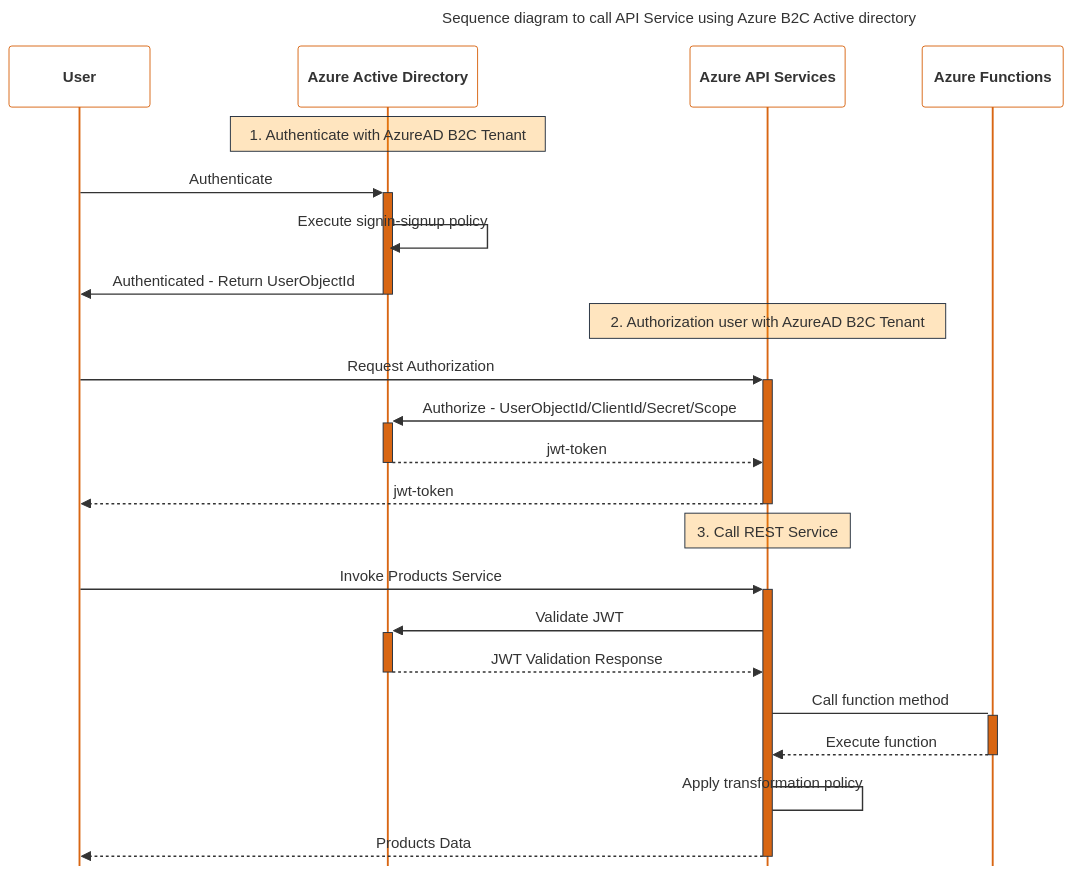
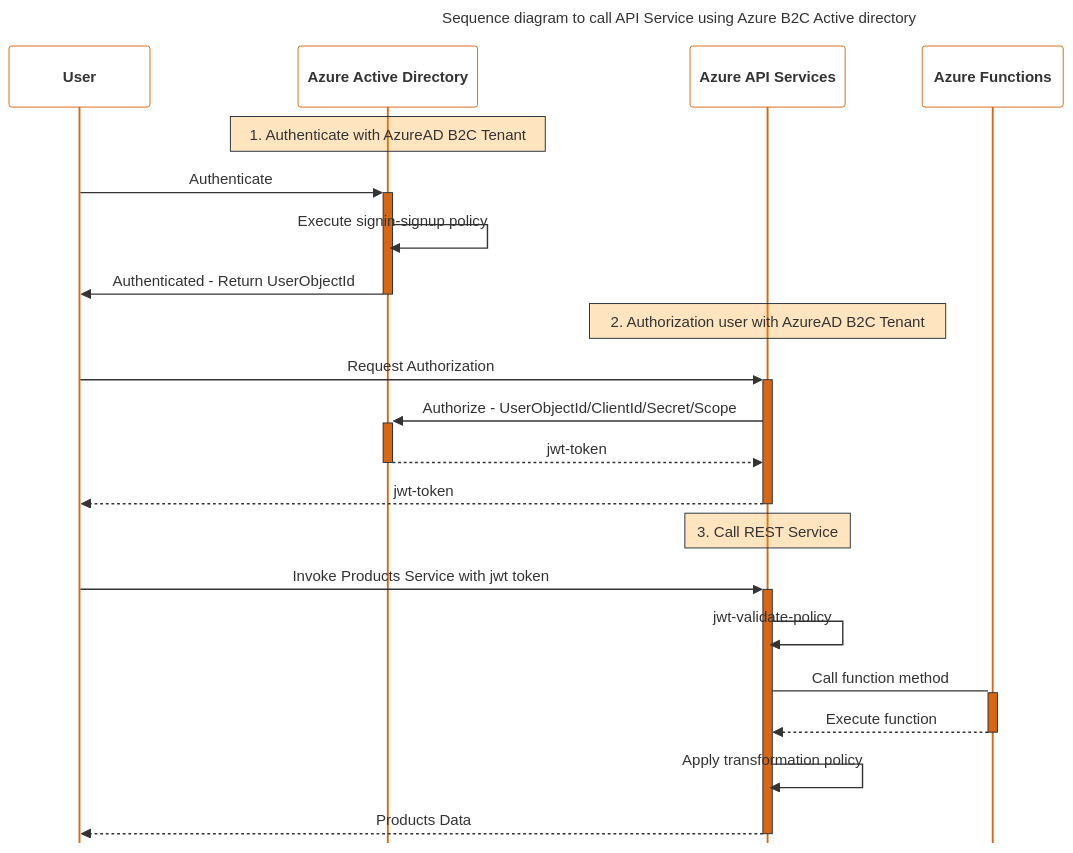
The first of 2 diagrams in content/posts/SecureAzureAPIB2C.md (cooolbabu/SreenivasAngara), drawn with Mermaid before and after one commit.

Commit message:
fixed jwt-policy

````diff
--- a/content/posts/SecureAzureAPIB2C.md
+++ b/content/posts/SecureAzureAPIB2C.md
@@ -27,34 +27,33 @@
 ```mermaid
 %%{init: {'sequence': { 'mirrorActors': false, 'rightAngles': true, 'messageAlign': 'center', 'actorFontSize': 20, 'actorFontWeight': 900, 'noteFontSize': 18, 'noteFontWeight': 600, 'messageFontSize': 14}}}%%
 %%{init: {'theme': 'base', 'themeVariables': {'labelBoxBkgColor': 'lightgrey', 'labelBoxBorderColor': '#000000', 'actorBorder': '#D86613', 'actorBkg': '#ffffff', 'activationBorderColor': '#232F3E', 'activationBkgColor': '#D86613', 'noteBkgColor': 'rgba(255, 153, 0, .25)', 'noteBorderColor': '#232F3E'}}}%%
 
 
 sequenceDiagram
     title Sequence diagram to call API Service using Azure B2C Active directory
     participant User
     participant AzureAD as Azure Active Directory
     participant APIService as Azure API Services
     participant AzureFunctions as Azure Functions
 
     note over AzureAD: 1. Authenticate with AzureAD B2C Tenant
 
     User ->>+ AzureAD: Authenticate
     AzureAD ->> AzureAD: Execute signin-signup policy
     AzureAD ->>- User: Authenticated - Return UserObjectId
 
     note over APIService: 2. Authorization user with AzureAD B2C Tenant
     User ->>+ APIService: Request Authorization
     APIService ->>+ AzureAD: Authorize - UserObjectId/ClientId/Secret/Scope
     AzureAD -->>- APIService: jwt-token
     APIService -->>- User: jwt-token
 
     note over APIService: 3. Call REST Service
-    User ->>+ APIService: Invoke Products Service
-    APIService ->>+ AzureAD: Validate JWT
-    AzureAD -->>- APIService: JWT Validation Response
+    User ->>+ APIService: Invoke Products Service with jwt token
+    APIService ->> APIService: jwt-validate-policy
     APIService ->+ AzureFunctions: Call function method
     AzureFunctions -->>- APIService: Execute function
-    APIService -> APIService: Apply transformation policy
+    APIService ->> APIService: Apply transformation policy
     APIService -->>- User: Products Data
 
 ```
````
